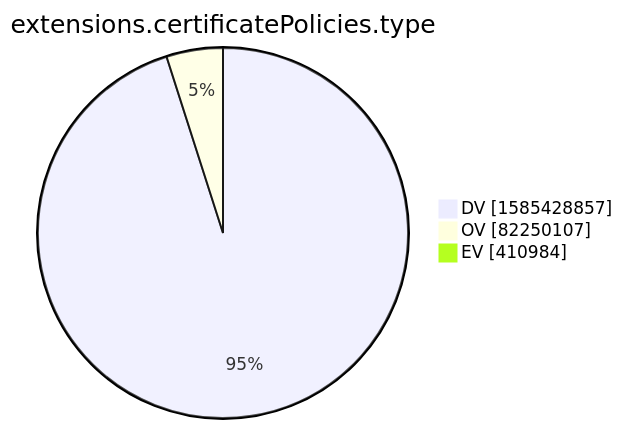
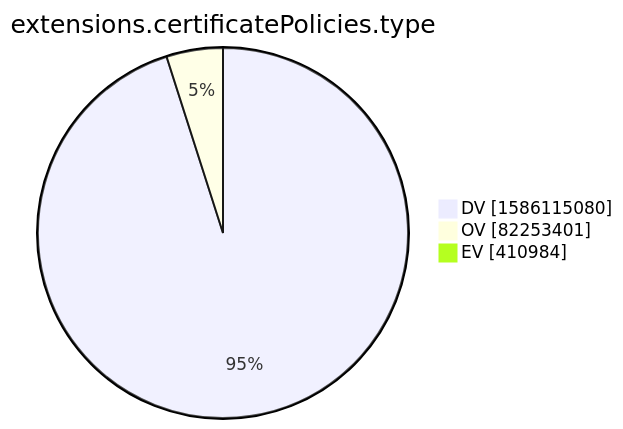
One commit to christiankrug/ctmonitor_visualization changed the tenth of 15 diagrams in xenon2022/README.md. Above: the diagram before and after it, drawn with Mermaid. The commit also changed other lines of this file, not shown here.

````diff
--- a/xenon2022/README.md
+++ b/xenon2022/README.md
@@ -2877,7 +2877,7 @@
 ```mermaid
 pie showData
 title extensions.certificatePolicies.type
-"DV" :1585428857
-"OV" :82250107
+"DV" :1586115080
+"OV" :82253401
 "EV" :410984
 ```
````
